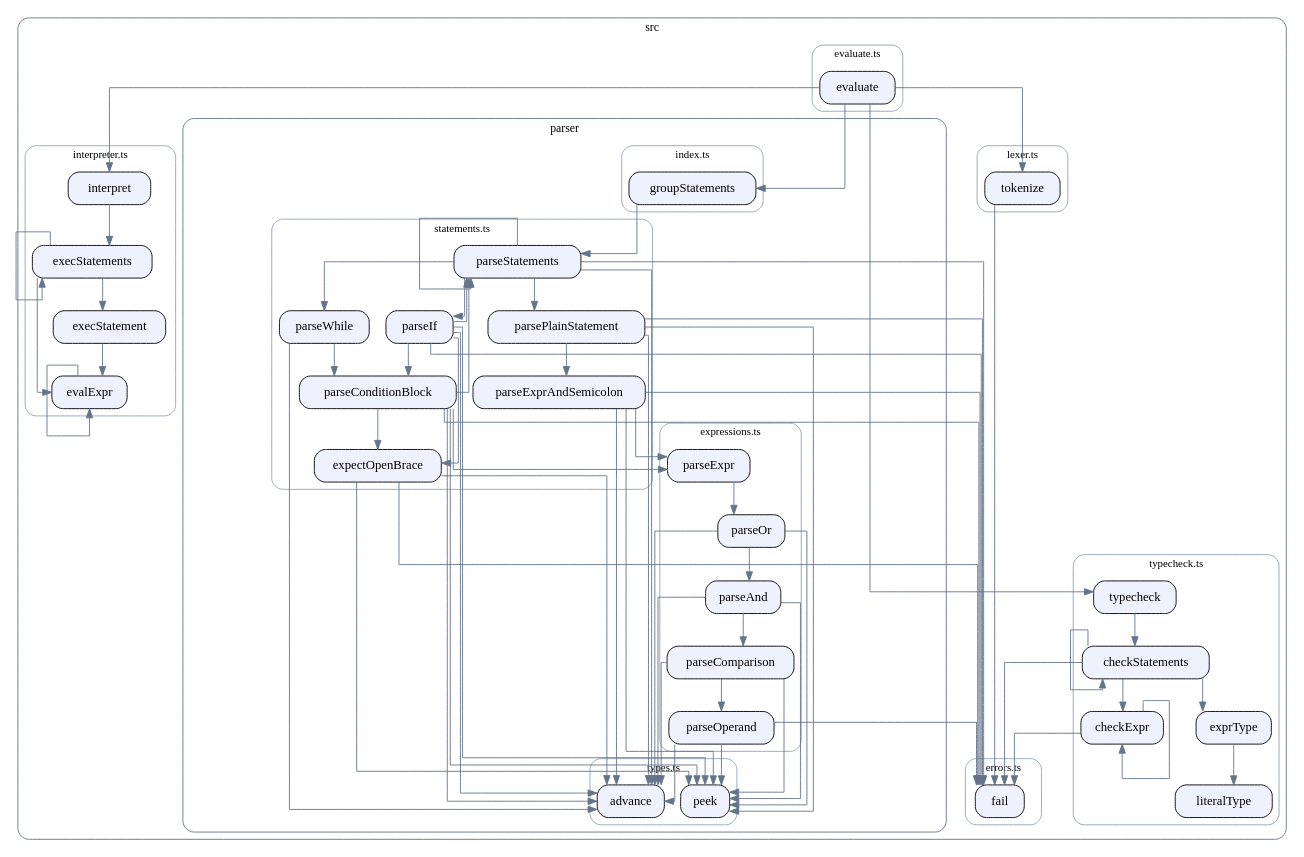
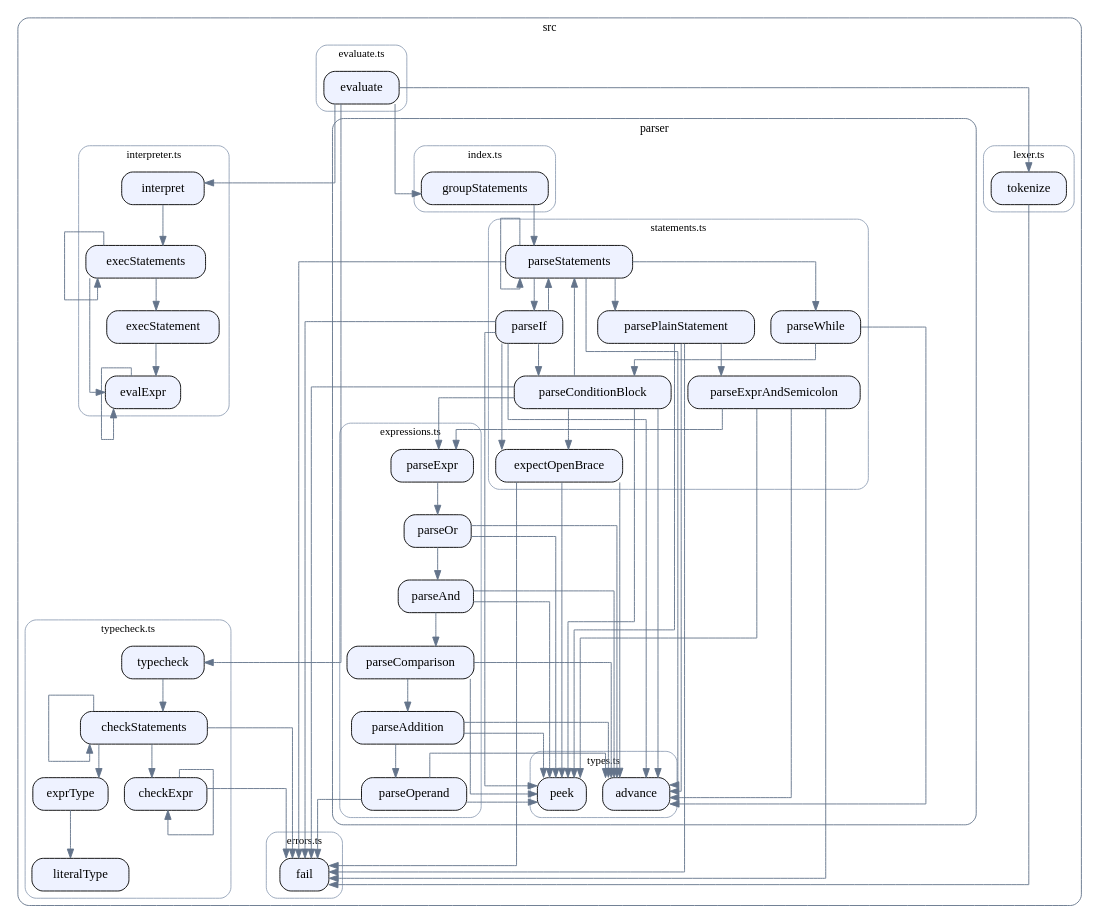
One commit to SirMathhman/Tuff changed the diagram in docs/callgraph.dot. Above: the diagram before and after it, drawn with Graphviz. The commit also changed 8 other files, not shown here.

```diff
--- a/docs/callgraph.dot
+++ b/docs/callgraph.dot
@@ -1,174 +1,178 @@
 digraph tuff {
   rankdir=TB;
   splines=ortho;
   node [shape=box, style="rounded,filled", fillcolor="#eef2ff", fontname="Consolas"];
   edge [color="#64748b"];
   subgraph "cluster_dir_src" {
     style="rounded";
     color="#64748b";
     fontname="Consolas";
     fontsize=13;
     label="src";
   subgraph "cluster_src_errors_ts" {
     style="rounded";
     color="#94a3b8";
     fontname="Consolas";
     fontsize=12;
     label="errors.ts";
     "src\\errors.ts::fail" [label="fail"];
   }
   subgraph "cluster_src_evaluate_ts" {
     style="rounded";
     color="#94a3b8";
     fontname="Consolas";
     fontsize=12;
     label="evaluate.ts";
     "src\\evaluate.ts::evaluate" [label="evaluate"];
   }
   subgraph "cluster_src_interpreter_ts" {
     style="rounded";
     color="#94a3b8";
     fontname="Consolas";
     fontsize=12;
     label="interpreter.ts";
     "src\\interpreter.ts::evalExpr" [label="evalExpr"];
     "src\\interpreter.ts::execStatement" [label="execStatement"];
     "src\\interpreter.ts::execStatements" [label="execStatements"];
     "src\\interpreter.ts::interpret" [label="interpret"];
   }
   subgraph "cluster_src_lexer_ts" {
     style="rounded";
     color="#94a3b8";
     fontname="Consolas";
     fontsize=12;
     label="lexer.ts";
     "src\\lexer.ts::tokenize" [label="tokenize"];
   }
   subgraph "cluster_src_typecheck_ts" {
     style="rounded";
     color="#94a3b8";
     fontname="Consolas";
     fontsize=12;
     label="typecheck.ts";
     "src\\typecheck.ts::literalType" [label="literalType"];
     "src\\typecheck.ts::checkExpr" [label="checkExpr"];
     "src\\typecheck.ts::exprType" [label="exprType"];
     "src\\typecheck.ts::checkStatements" [label="checkStatements"];
     "src\\typecheck.ts::typecheck" [label="typecheck"];
   }
   subgraph "cluster_dir_src_parser" {
     style="rounded";
     color="#64748b";
     fontname="Consolas";
     fontsize=13;
     label="parser";
   subgraph "cluster_src_parser_expressions_ts" {
     style="rounded";
     color="#94a3b8";
     fontname="Consolas";
     fontsize=12;
     label="expressions.ts";
     "src\\parser\\expressions.ts::parseExpr" [label="parseExpr"];
     "src\\parser\\expressions.ts::parseOr" [label="parseOr"];
     "src\\parser\\expressions.ts::parseAnd" [label="parseAnd"];
     "src\\parser\\expressions.ts::parseComparison" [label="parseComparison"];
+    "src\\parser\\expressions.ts::parseAddition" [label="parseAddition"];
     "src\\parser\\expressions.ts::parseOperand" [label="parseOperand"];
   }
   subgraph "cluster_src_parser_index_ts" {
     style="rounded";
     color="#94a3b8";
     fontname="Consolas";
     fontsize=12;
     label="index.ts";
     "src\\parser\\index.ts::groupStatements" [label="groupStatements"];
   }
   subgraph "cluster_src_parser_statements_ts" {
     style="rounded";
     color="#94a3b8";
     fontname="Consolas";
     fontsize=12;
     label="statements.ts";
     "src\\parser\\statements.ts::parseStatements" [label="parseStatements"];
     "src\\parser\\statements.ts::parseExprAndSemicolon" [label="parseExprAndSemicolon"];
     "src\\parser\\statements.ts::expectOpenBrace" [label="expectOpenBrace"];
     "src\\parser\\statements.ts::parsePlainStatement" [label="parsePlainStatement"];
     "src\\parser\\statements.ts::parseConditionBlock" [label="parseConditionBlock"];
     "src\\parser\\statements.ts::parseIf" [label="parseIf"];
     "src\\parser\\statements.ts::parseWhile" [label="parseWhile"];
   }
   subgraph "cluster_src_parser_types_ts" {
     style="rounded";
     color="#94a3b8";
     fontname="Consolas";
     fontsize=12;
     label="types.ts";
     "src\\parser\\types.ts::peek" [label="peek"];
     "src\\parser\\types.ts::advance" [label="advance"];
   }
   }
   }
   "src\\evaluate.ts::evaluate" -> "src\\lexer.ts::tokenize";
   "src\\evaluate.ts::evaluate" -> "src\\parser\\index.ts::groupStatements";
   "src\\evaluate.ts::evaluate" -> "src\\typecheck.ts::typecheck";
   "src\\evaluate.ts::evaluate" -> "src\\interpreter.ts::interpret";
   "src\\interpreter.ts::evalExpr" -> "src\\interpreter.ts::evalExpr";
   "src\\interpreter.ts::execStatement" -> "src\\interpreter.ts::evalExpr";
   "src\\interpreter.ts::execStatements" -> "src\\interpreter.ts::execStatements";
   "src\\interpreter.ts::execStatements" -> "src\\interpreter.ts::evalExpr";
   "src\\interpreter.ts::execStatements" -> "src\\interpreter.ts::execStatement";
   "src\\interpreter.ts::interpret" -> "src\\interpreter.ts::execStatements";
   "src\\lexer.ts::tokenize" -> "src\\errors.ts::fail";
   "src\\parser\\expressions.ts::parseExpr" -> "src\\parser\\expressions.ts::parseOr";
   "src\\parser\\expressions.ts::parseOr" -> "src\\parser\\expressions.ts::parseAnd";
   "src\\parser\\expressions.ts::parseOr" -> "src\\parser\\types.ts::peek";
   "src\\parser\\expressions.ts::parseOr" -> "src\\parser\\types.ts::advance";
   "src\\parser\\expressions.ts::parseAnd" -> "src\\parser\\expressions.ts::parseComparison";
   "src\\parser\\expressions.ts::parseAnd" -> "src\\parser\\types.ts::peek";
   "src\\parser\\expressions.ts::parseAnd" -> "src\\parser\\types.ts::advance";
-  "src\\parser\\expressions.ts::parseComparison" -> "src\\parser\\expressions.ts::parseOperand";
+  "src\\parser\\expressions.ts::parseComparison" -> "src\\parser\\expressions.ts::parseAddition";
   "src\\parser\\expressions.ts::parseComparison" -> "src\\parser\\types.ts::peek";
   "src\\parser\\expressions.ts::parseComparison" -> "src\\parser\\types.ts::advance";
+  "src\\parser\\expressions.ts::parseAddition" -> "src\\parser\\expressions.ts::parseOperand";
+  "src\\parser\\expressions.ts::parseAddition" -> "src\\parser\\types.ts::peek";
+  "src\\parser\\expressions.ts::parseAddition" -> "src\\parser\\types.ts::advance";
   "src\\parser\\expressions.ts::parseOperand" -> "src\\parser\\types.ts::peek";
   "src\\parser\\expressions.ts::parseOperand" -> "src\\errors.ts::fail";
   "src\\parser\\expressions.ts::parseOperand" -> "src\\parser\\types.ts::advance";
   "src\\parser\\index.ts::groupStatements" -> "src\\parser\\statements.ts::parseStatements";
   "src\\parser\\statements.ts::parseStatements" -> "src\\parser\\types.ts::advance";
   "src\\parser\\statements.ts::parseStatements" -> "src\\parser\\statements.ts::parseStatements";
   "src\\parser\\statements.ts::parseStatements" -> "src\\errors.ts::fail";
   "src\\parser\\statements.ts::parseStatements" -> "src\\parser\\statements.ts::parseIf";
   "src\\parser\\statements.ts::parseStatements" -> "src\\parser\\statements.ts::parseWhile";
   "src\\parser\\statements.ts::parseStatements" -> "src\\parser\\statements.ts::parsePlainStatement";
   "src\\parser\\statements.ts::parseExprAndSemicolon" -> "src\\parser\\expressions.ts::parseExpr";
   "src\\parser\\statements.ts::parseExprAndSemicolon" -> "src\\parser\\types.ts::peek";
   "src\\parser\\statements.ts::parseExprAndSemicolon" -> "src\\errors.ts::fail";
   "src\\parser\\statements.ts::parseExprAndSemicolon" -> "src\\parser\\types.ts::advance";
   "src\\parser\\statements.ts::expectOpenBrace" -> "src\\parser\\types.ts::peek";
   "src\\parser\\statements.ts::expectOpenBrace" -> "src\\errors.ts::fail";
   "src\\parser\\statements.ts::expectOpenBrace" -> "src\\parser\\types.ts::advance";
   "src\\parser\\statements.ts::parsePlainStatement" -> "src\\parser\\types.ts::peek";
   "src\\parser\\statements.ts::parsePlainStatement" -> "src\\errors.ts::fail";
   "src\\parser\\statements.ts::parsePlainStatement" -> "src\\parser\\types.ts::advance";
   "src\\parser\\statements.ts::parsePlainStatement" -> "src\\parser\\statements.ts::parseExprAndSemicolon";
   "src\\parser\\statements.ts::parseConditionBlock" -> "src\\parser\\types.ts::peek";
   "src\\parser\\statements.ts::parseConditionBlock" -> "src\\errors.ts::fail";
   "src\\parser\\statements.ts::parseConditionBlock" -> "src\\parser\\types.ts::advance";
   "src\\parser\\statements.ts::parseConditionBlock" -> "src\\parser\\expressions.ts::parseExpr";
   "src\\parser\\statements.ts::parseConditionBlock" -> "src\\parser\\statements.ts::expectOpenBrace";
   "src\\parser\\statements.ts::parseConditionBlock" -> "src\\parser\\statements.ts::parseStatements";
   "src\\parser\\statements.ts::parseIf" -> "src\\parser\\types.ts::advance";
   "src\\parser\\statements.ts::parseIf" -> "src\\parser\\statements.ts::parseConditionBlock";
   "src\\parser\\statements.ts::parseIf" -> "src\\parser\\types.ts::peek";
   "src\\parser\\statements.ts::parseIf" -> "src\\parser\\statements.ts::expectOpenBrace";
   "src\\parser\\statements.ts::parseIf" -> "src\\parser\\statements.ts::parseStatements";
   "src\\parser\\statements.ts::parseIf" -> "src\\errors.ts::fail";
   "src\\parser\\statements.ts::parseWhile" -> "src\\parser\\types.ts::advance";
   "src\\parser\\statements.ts::parseWhile" -> "src\\parser\\statements.ts::parseConditionBlock";
   "src\\typecheck.ts::checkExpr" -> "src\\errors.ts::fail";
   "src\\typecheck.ts::checkExpr" -> "src\\typecheck.ts::checkExpr";
   "src\\typecheck.ts::exprType" -> "src\\typecheck.ts::literalType";
   "src\\typecheck.ts::checkStatements" -> "src\\typecheck.ts::checkExpr";
   "src\\typecheck.ts::checkStatements" -> "src\\typecheck.ts::exprType";
   "src\\typecheck.ts::checkStatements" -> "src\\errors.ts::fail";
   "src\\typecheck.ts::checkStatements" -> "src\\typecheck.ts::checkStatements";
   "src\\typecheck.ts::typecheck" -> "src\\typecheck.ts::checkStatements";
 }
```
